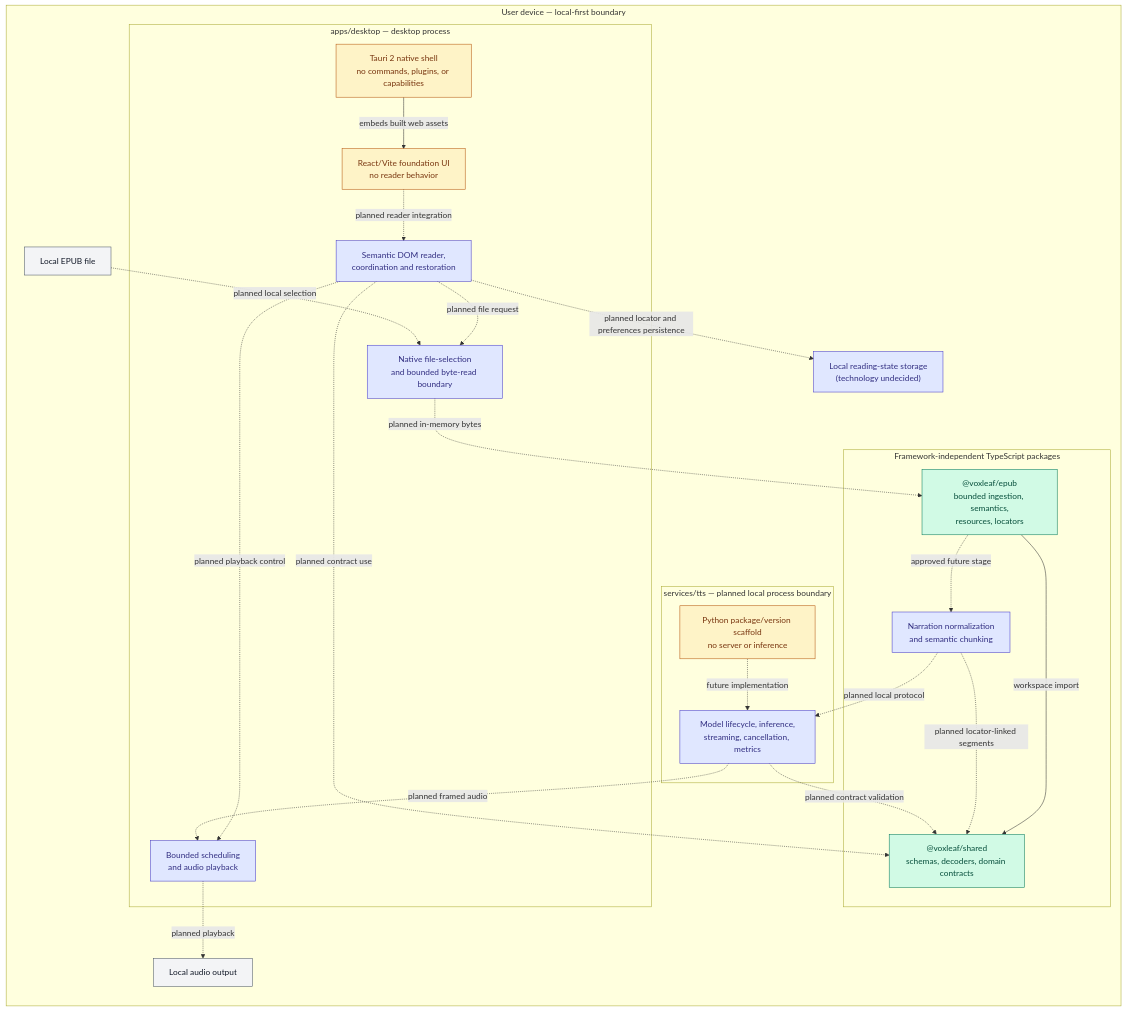
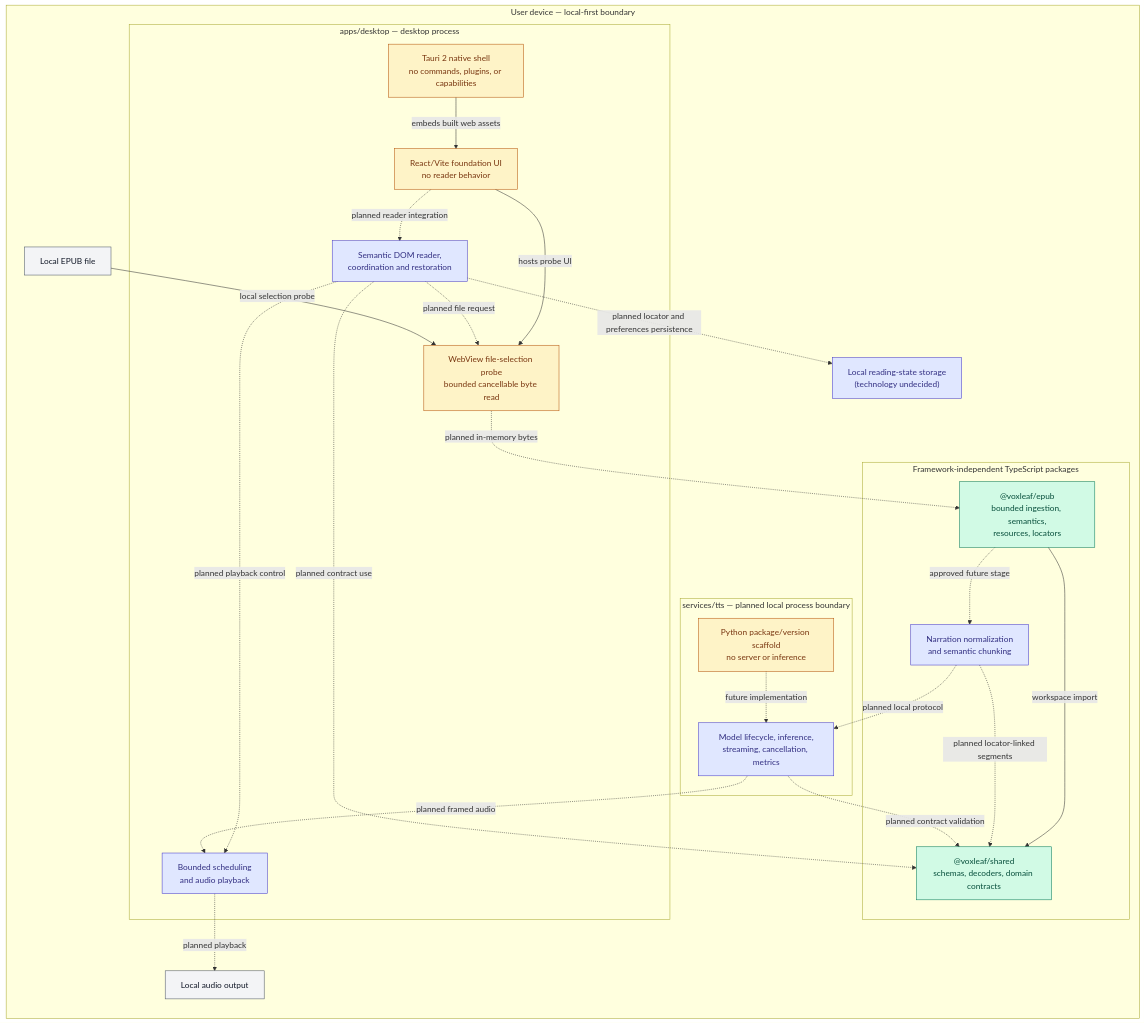
The first of 2 diagrams in docs/architecture/system-diagram.md (mmjosedaniel/voxleaf), drawn with Mermaid before and after one commit. The commit also changed other lines of this file and 13 other files, not shown here.

Commit message:
feat(m4): prove local file-ingress boundary (#44)

````diff
--- a/docs/architecture/system-diagram.md
+++ b/docs/architecture/system-diagram.md
@@ -24,49 +24,50 @@
 ```mermaid
 flowchart LR
   classDef implemented fill:#d1fae5,stroke:#047857,color:#064e3b
   classDef partial fill:#fef3c7,stroke:#b45309,color:#78350f
   classDef planned fill:#e0e7ff,stroke:#4338ca,color:#312e81
   classDef external fill:#f3f4f6,stroke:#4b5563,color:#111827
 
   subgraph device["User device — local-first boundary"]
     epubFile["Local EPUB file"]:::external
     audioDevice["Local audio output"]:::external
     readingStore["Local reading-state storage<br/>(technology undecided)"]:::planned
 
     subgraph desktop["apps/desktop — desktop process"]
       nativeShell["Tauri 2 native shell<br/>no commands, plugins, or capabilities"]:::partial
       webShell["React/Vite foundation UI<br/>no reader behavior"]:::partial
-      fileBoundary["Native file-selection<br/>and bounded byte-read boundary"]:::planned
+      fileBoundary["WebView file-selection probe<br/>bounded cancellable byte read"]:::partial
       reader["Semantic DOM reader,<br/>coordination and restoration"]:::planned
       player["Bounded scheduling<br/>and audio playback"]:::planned
       nativeShell -->|embeds built web assets| webShell
+      webShell -->|hosts probe UI| fileBoundary
       webShell -. planned reader integration .-> reader
       reader -. planned file request .-> fileBoundary
       reader -. planned playback control .-> player
     end
 
     subgraph libraries["Framework-independent TypeScript packages"]
       shared["@voxleaf/shared<br/>schemas, decoders, domain contracts"]:::implemented
       epub["@voxleaf/epub<br/>bounded ingestion, semantics,<br/>resources, locators"]:::implemented
       narration["Narration normalization<br/>and semantic chunking"]:::planned
       epub -->|workspace import| shared
       epub -. approved future stage .-> narration
     end
 
     subgraph tts["services/tts — planned local process boundary"]
       ttsFoundation["Python package/version scaffold<br/>no server or inference"]:::partial
       ttsRuntime["Model lifecycle, inference,<br/>streaming, cancellation, metrics"]:::planned
       ttsFoundation -. future implementation .-> ttsRuntime
     end
   end
 
-  epubFile -. planned local selection .-> fileBoundary
+  epubFile -->|local selection probe| fileBoundary
   fileBoundary -. planned in-memory bytes .-> epub
   reader -. planned contract use .-> shared
   reader -. planned locator and preferences persistence .-> readingStore
   narration -. planned locator-linked segments .-> shared
   narration -. planned local protocol .-> ttsRuntime
   ttsRuntime -. planned contract validation .-> shared
   ttsRuntime -. planned framed audio .-> player
   player -. planned playback .-> audioDevice
 ```
````
